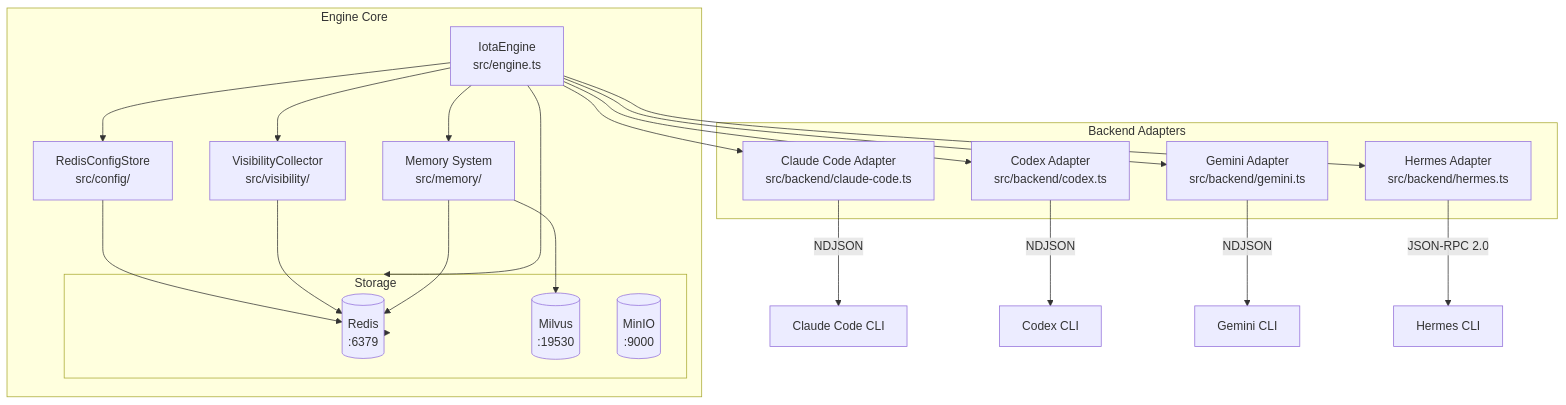
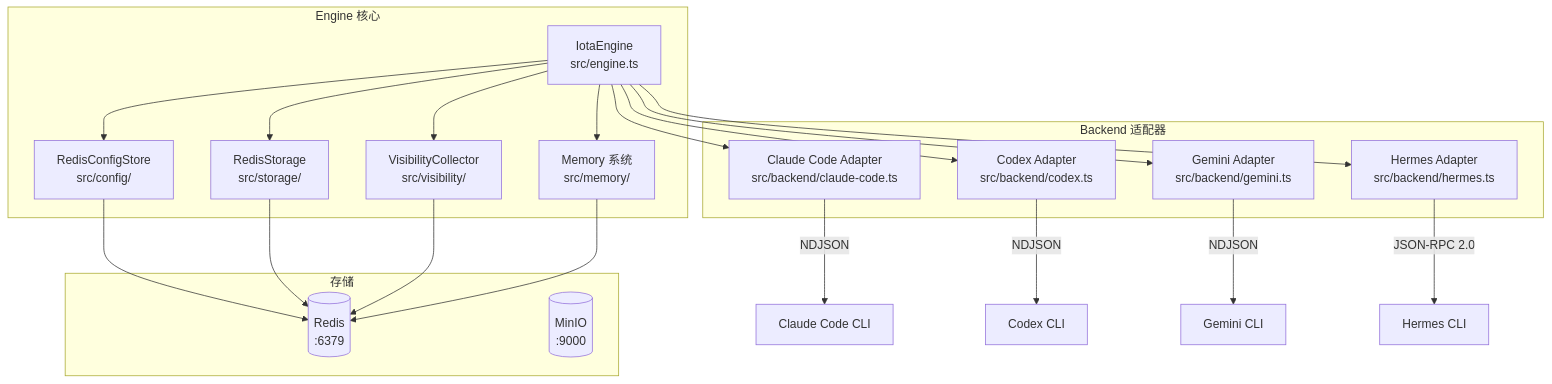
Before and after one commit to feuyeux/iota: the first of 2 diagrams in docs/guides/05-engine-guide.md, drawn with Mermaid. The commit also changed other lines of this file and 66 other files, not shown here.

First line of the commit message:
refactor: restructure memory system and add fun-engine components

````diff
--- a/docs/guides/05-engine-guide.md
+++ b/docs/guides/05-engine-guide.md
@@ -50,41 +50,39 @@
 ```mermaid
 graph TB
-    subgraph "Engine Core"
+    subgraph "Engine 核心"
         Engine[IotaEngine<br/>src/engine.ts]
         ConfigStore[RedisConfigStore<br/>src/config/]
         Storage[RedisStorage<br/>src/storage/]
         Visibility[VisibilityCollector<br/>src/visibility/]
-        Memory[Memory System<br/>src/memory/]
+        Memory[Memory 系统<br/>src/memory/]
     end
 
-    subgraph "Backend Adapters"
+    subgraph "Backend 适配器"
         ClaudeAdapter[Claude Code Adapter<br/>src/backend/claude-code.ts]
         CodexAdapter[Codex Adapter<br/>src/backend/codex.ts]
         GeminiAdapter[Gemini Adapter<br/>src/backend/gemini.ts]
         HermesAdapter[Hermes Adapter<br/>src/backend/hermes.ts]
     end
 
-    subgraph "Storage"
+    subgraph "存储"
         Redis[(Redis<br/>:6379)]
-        Milvus[(Milvus<br/>:19530)] 
         MinIO[(MinIO<br/>:9000)]
     end
 
     Engine --> ConfigStore
     Engine --> Storage
     Engine --> Visibility
     Engine --> Memory
     Engine --> ClaudeAdapter
     Engine --> CodexAdapter
     Engine --> GeminiAdapter
     Engine --> HermesAdapter
     ConfigStore --> Redis
     Storage --> Redis
     Visibility --> Redis
     Memory --> Redis
-    Memory --> Milvus
     ClaudeAdapter -->|NDJSON| Claude[Claude Code CLI]
     CodexAdapter -->|NDJSON| Codex[Codex CLI]
     GeminiAdapter -->|NDJSON| Gemini[Gemini CLI]
     HermesAdapter -->|JSON-RPC 2.0| Hermes[Hermes CLI]
 ```
````
